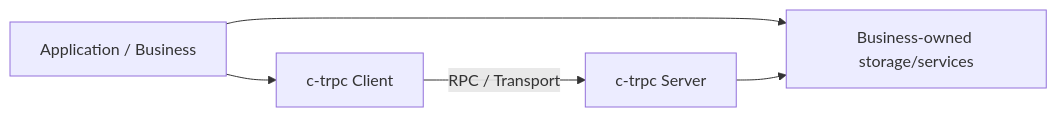
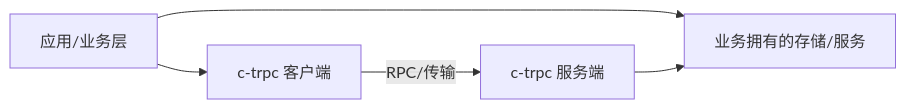
Before and after one commit to MyBlackHole/c-trpc: the first of 2 diagrams in docs/architecture/00-overview.md, drawn with Mermaid. The commit also changed other lines of this file, not shown here.

````diff
--- a/docs/architecture/00-overview.md
+++ b/docs/architecture/00-overview.md
@@ -9,12 +9,12 @@
 ```mermaid
 flowchart LR
-    APP["Application / Business"]
-    C["c-trpc Client"]
-    S["c-trpc Server"]
-    EXT["Business-owned storage/services"]
+    APP["应用/业务层"]
+    C["c-trpc 客户端"]
+    S["c-trpc 服务端"]
+    EXT["业务拥有的存储/服务"]
 
     APP --> C
-    C -->|"RPC / Transport"| S
+    C -->|"RPC/传输"| S
     APP --> EXT
     S --> EXT
 ```
````
